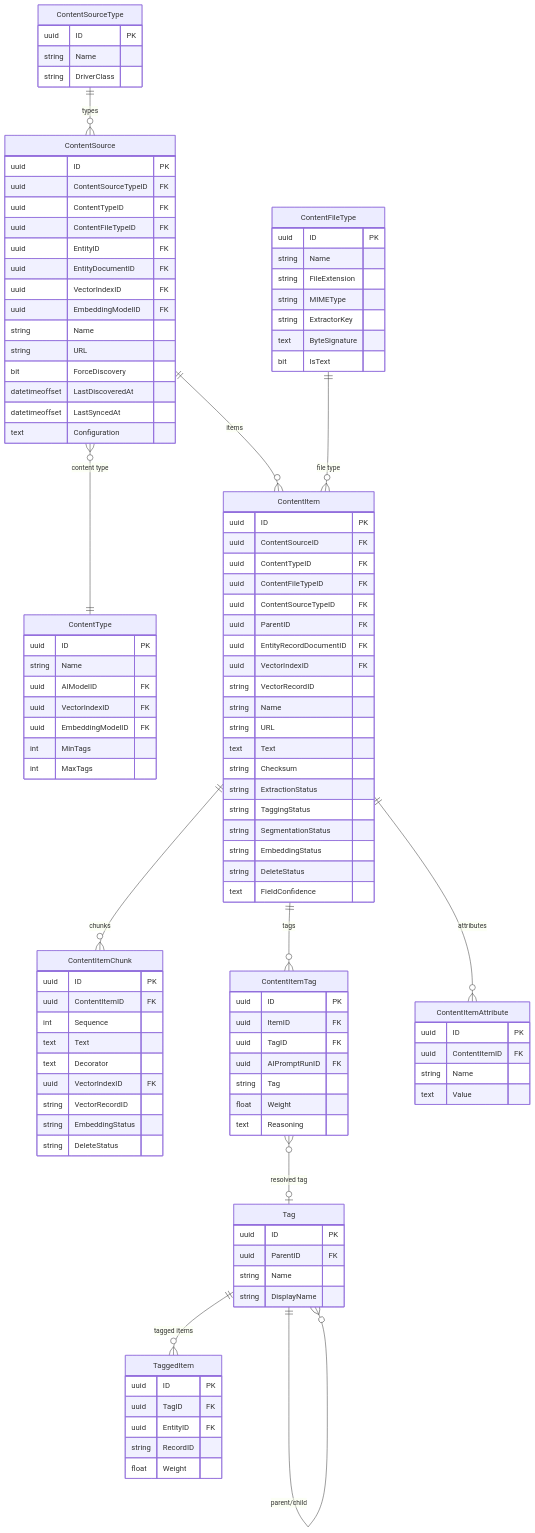
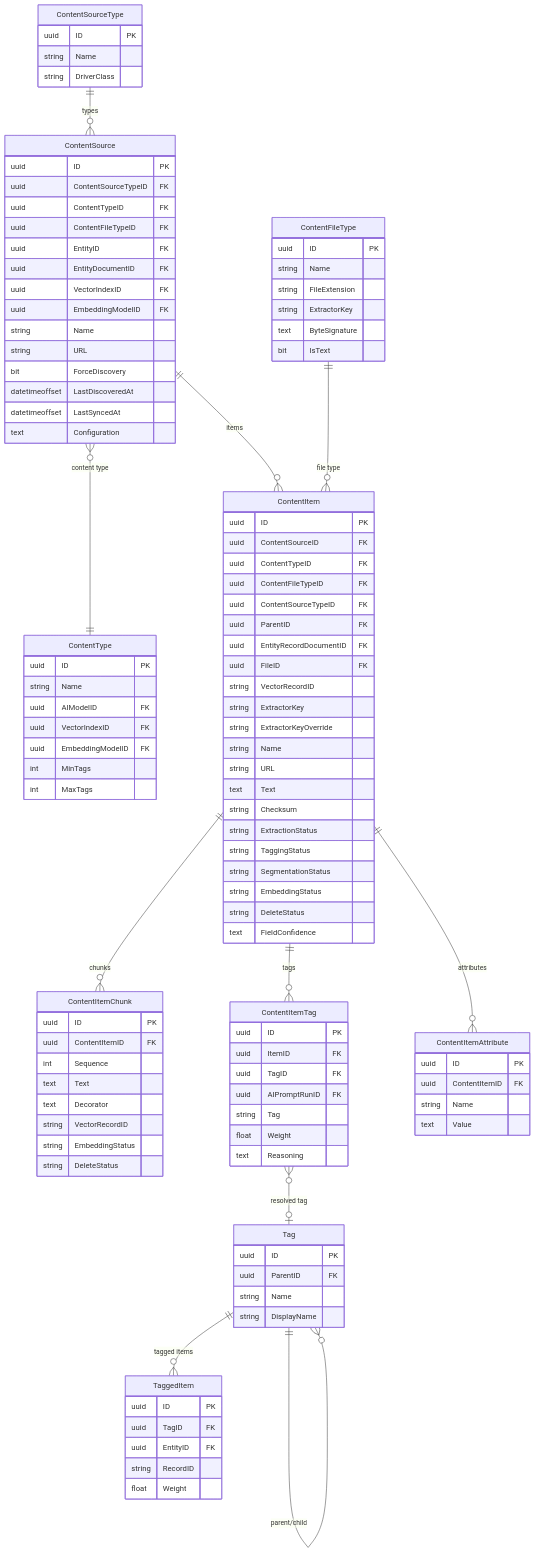
One commit to MemberJunction/MJ changed the second of 3 diagrams in guides/CONTENT_PIPELINE_GUIDE.md. Above: the diagram before and after it, drawn with Mermaid. The commit also changed other lines of this file and 4 other files, not shown here.

First line of the commit message:
fix(content-pipeline): use linear indexOf in HtmlExtractor.titleOf and simplify HttpClient test

```diff
--- a/guides/CONTENT_PIPELINE_GUIDE.md
+++ b/guides/CONTENT_PIPELINE_GUIDE.md
@@ -107,7 +107,6 @@
         uuid ID PK
         string Name
         string FileExtension
-        string MIMEType
         string ExtractorKey
         text ByteSignature
         bit IsText
@@ -120,8 +119,10 @@
         uuid ContentSourceTypeID FK
         uuid ParentID FK
         uuid EntityRecordDocumentID FK
-        uuid VectorIndexID FK
+        uuid FileID FK
         string VectorRecordID
+        string ExtractorKey
+        string ExtractorKeyOverride
         string Name
         string URL
         text Text
@@ -139,7 +140,6 @@
         int Sequence
         text Text
         text Decorator
-        uuid VectorIndexID FK
         string VectorRecordID
         string EmbeddingStatus
         string DeleteStatus
```
